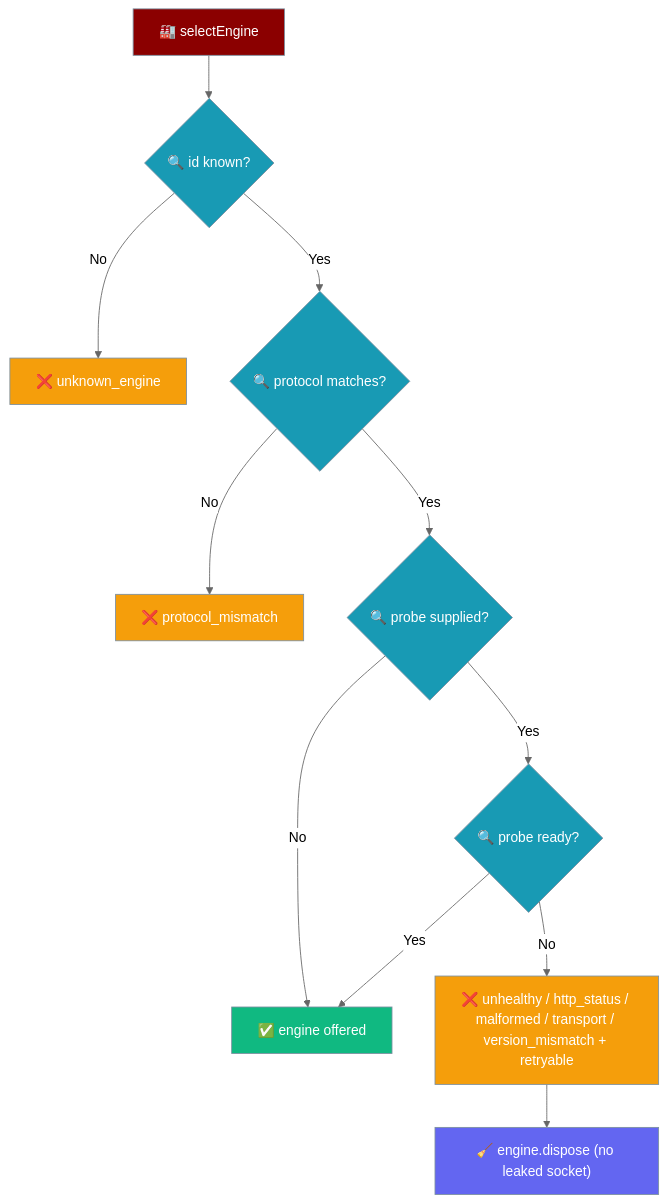
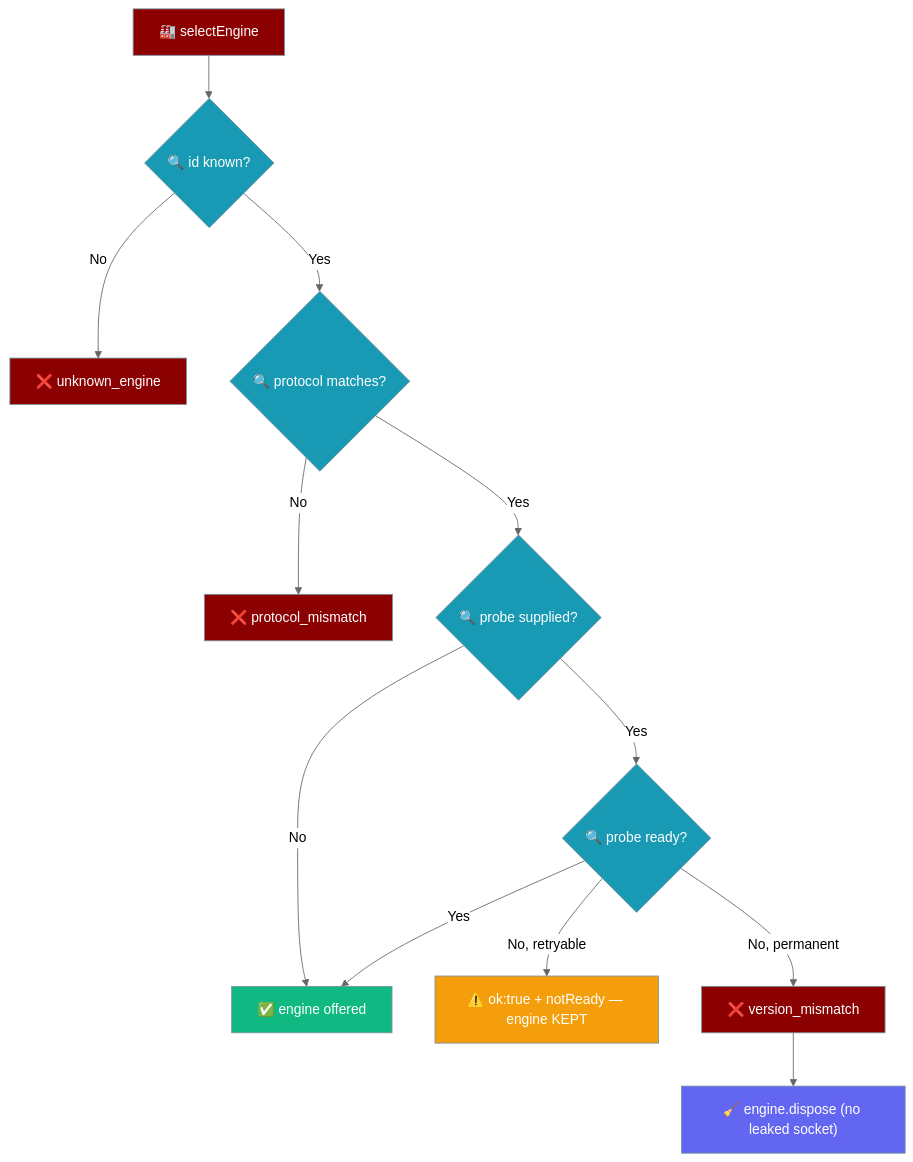
One commit to MervinPraison/PraisonAIDocs changed the second of 4 diagrams in docs/features/mobile/boot-failures.mdx. Above: the diagram before and after it, drawn with Mermaid (neutral theme). The commit also changed other lines of this file and 3 other files, not shown here.

First line of the commit message:
docs: update mobile boot flow for BootResult.notReady (fixes #3681)

````diff
--- a/docs/features/mobile/boot-failures.mdx
+++ b/docs/features/mobile/boot-failures.mdx
@@ -131,25 +161,28 @@
 ```mermaid
 graph TB
     Start[🏭 selectEngine] --> Known{🔍 id known?}
     Known -->|No| Unknown[❌ unknown_engine]
     Known -->|Yes| Proto{🔍 protocol matches?}
     Proto -->|No| Mismatch[❌ protocol_mismatch]
     Proto -->|Yes| HasProbe{🔍 probe supplied?}
     HasProbe -->|No| Ok[✅ engine offered]
     HasProbe -->|Yes| Ready{🔍 probe ready?}
     Ready -->|Yes| Ok
-    Ready -->|No| Refused[❌ unhealthy / http_status / malformed / transport / version_mismatch + retryable]
+    Ready -->|"No, retryable"| Attach[⚠️ ok:true + notReady — engine KEPT]
+    Ready -->|"No, permanent"| Refused[❌ version_mismatch]
     Refused --> Dispose[🧹 engine.dispose #40;no leaked socket#41;]
 
     classDef start fill:#8B0000,stroke:#7C90A0,color:#fff
     classDef branch fill:#189AB4,stroke:#7C90A0,color:#fff
     classDef ok fill:#10B981,stroke:#7C90A0,color:#fff
-    classDef fail fill:#F59E0B,stroke:#7C90A0,color:#fff
+    classDef warn fill:#F59E0B,stroke:#7C90A0,color:#fff
+    classDef fail fill:#8B0000,stroke:#7C90A0,color:#fff
     classDef clean fill:#6366F1,stroke:#7C90A0,color:#fff
 
     class Start start
     class Known,Proto,HasProbe,Ready branch
     class Ok ok
+    class Attach warn
     class Unknown,Mismatch,Refused fail
     class Dispose clean
 ```
````
